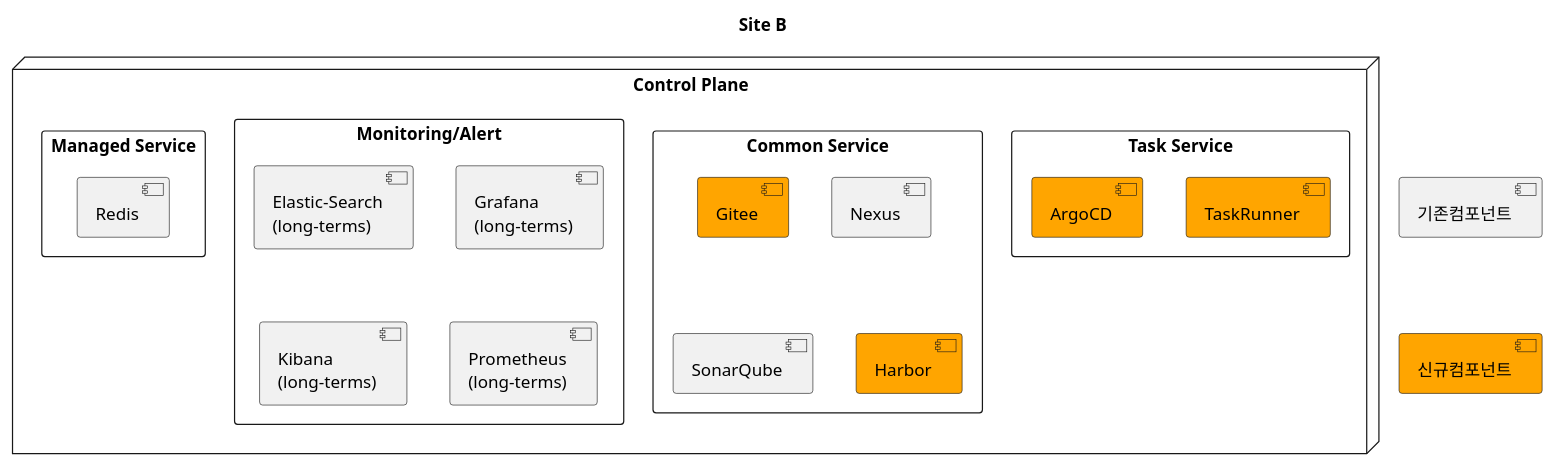
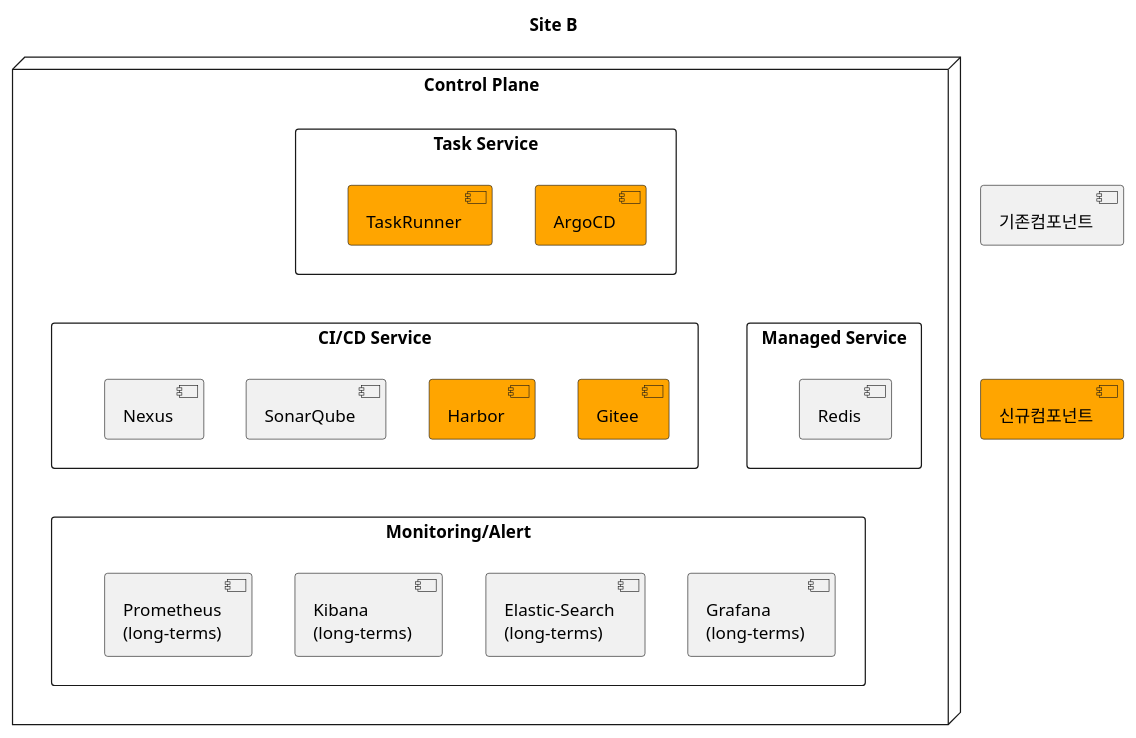
One commit to kloudbank/htdp1.github.io changed the second of 10 diagrams in docs/src/multi-cloud/diagram.md. Above: the diagram before and after it, drawn with PlantUML. The commit also changed other lines of this file, not shown here.

Commit message:
modify diagram

```diff
--- a/docs/src/multi-cloud/diagram.md
+++ b/docs/src/multi-cloud/diagram.md
@@ -41,31 +63,39 @@
 @startuml
 
 title "Site B"
 
 [기존컴포넌트] as old
 [신규컴포넌트] as new #orange
 old -[hidden]d-> new
 
 node "Control Plane" as bcp {
     rectangle "Task Service" as bcp_cicd {
         [TaskRunner] as bcp_taskruuner #orange
         [ArgoCD] as bcp_argocd #orange
+        bcp_taskruuner -[hidden]r- bcp_argocd
     }
-    rectangle "Common Service" as bcp_common {
-        [Gitee] as bcp_mananged_gitee #orange
+    rectangle "CI/CD Service" as bcp_common {
+        [Gitee] as gitee #orange
         [Nexus] as nexus
         [SonarQube] as sonarqube
         [Harbor] as harbor #orange
+        nexus -[hidden]r- sonarqube
+        sonarqube -[hidden]r- harbor
+        harbor -[hidden]r- gitee
     }
     rectangle "Monitoring/Alert" as bcp_mon {
         [Elastic-Search\n(long-terms)] as bcp_mon_elk
         [Grafana\n(long-terms)] as bcp_mon_grafana
         [Kibana\n(long-terms)] as bcp_mon_kibana
         [Prometheus\n(long-terms)] as bcp_mon_prometheus
+        bcp_mon_elk -[hidden]r- bcp_mon_grafana
     }
     rectangle "Managed Service" as bcp_managed {
         [Redis] as bcp_mananged_redis
     }
+    bcp_cicd -[hidden]d- bcp_common
+    bcp_cicd -[hidden]d- bcp_managed
+    bcp_common -[hidden]d- bcp_mon
 }
 
 @enduml
```
